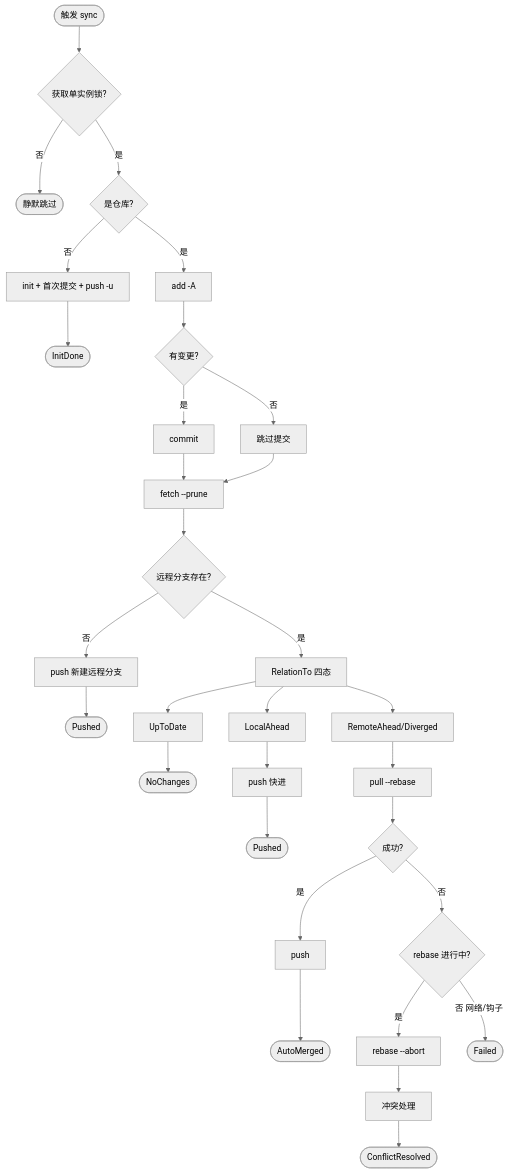
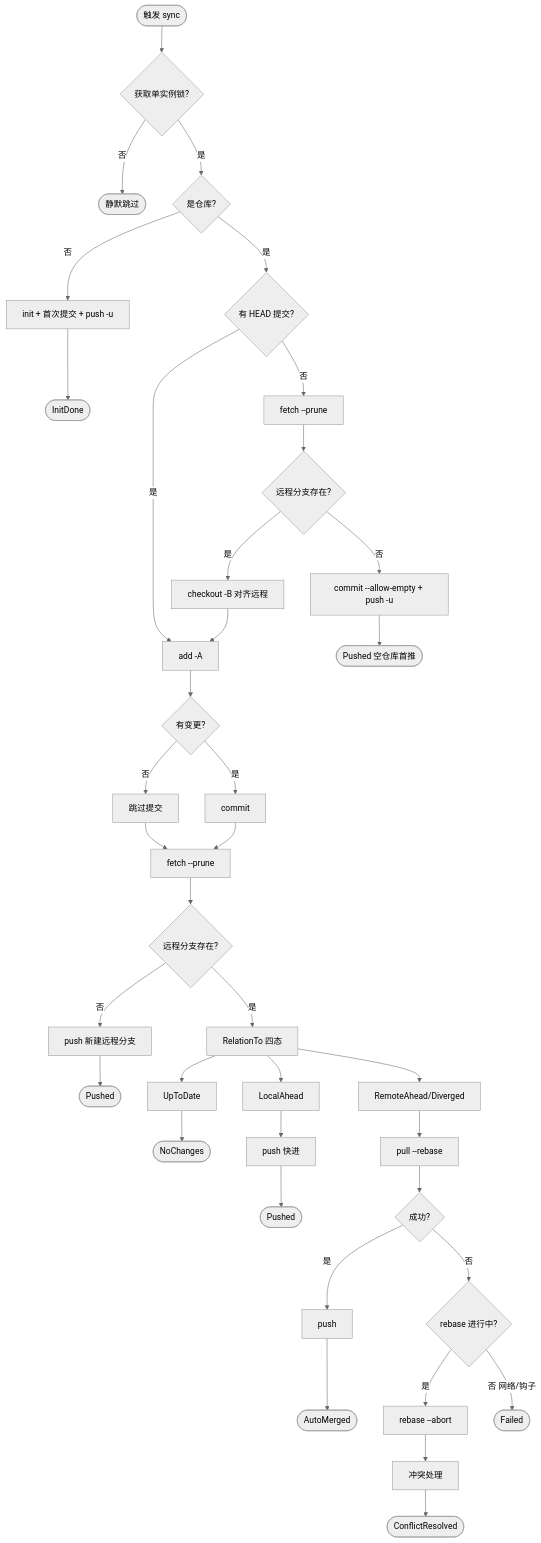
The first of 4 diagrams in docs/flow.md (int2t05/AutoSync), drawn with Mermaid (neutral theme) before and after one commit. The commit also changed other lines of this file and 3 other files, not shown here.

````diff
--- a/docs/flow.md
+++ b/docs/flow.md
@@ -7,33 +7,40 @@
 ```mermaid
 flowchart TD
   START([触发 sync]) --> LOCK{获取单实例锁?}
   LOCK -->|否| SKIP([静默跳过])
   LOCK -->|是| ISREPO{是仓库?}
   ISREPO -->|否| INIT[init + 首次提交 + push -u]
   INIT --> DONE1([InitDone])
-  ISREPO -->|是| ADD[add -A]
+  ISREPO -->|是| HASHEAD{有 HEAD 提交?}
+  HASHEAD -->|否| FETCH2[fetch --prune]
+  FETCH2 --> EXIST2{远程分支存在?}
+  EXIST2 -->|是| CO[checkout -B 对齐远程]
+  CO --> ADD
+  EXIST2 -->|否| PUSHFIRST[commit --allow-empty + push -u]
+  PUSHFIRST --> DONE7([Pushed 空仓库首推])
+  HASHEAD -->|是| ADD[add -A]
   ADD --> CHG{有变更?}
   CHG -->|是| COMMIT[commit]
   CHG -->|否| NOCOMMIT[跳过提交]
   COMMIT --> FETCH[fetch --prune]
   NOCOMMIT --> FETCH
   FETCH --> EXIST{远程分支存在?}
   EXIST -->|否| PUSHDIRECT[push 新建远程分支]
   PUSHDIRECT --> DONE2([Pushed])
   EXIST -->|是| REL[RelationTo 四态]
   REL --> U[UpToDate]
   REL --> LA[LocalAhead]
   REL --> RA[RemoteAhead/Diverged]
   U --> DONE3([NoChanges])
   LA --> PUSHPUSH[push 快进]
   PUSHPUSH --> DONE4([Pushed])
   RA --> REBASE[pull --rebase]
   REBASE --> OK{成功?}
   OK -->|是| PUSHMERGE[push]
   PUSHMERGE --> DONE5([AutoMerged])
   OK -->|否| RB{rebase 进行中?}
   RB -->|是| ABORT[rebase --abort]
   ABORT --> CONFLICT[冲突处理]
   CONFLICT --> DONE6([ConflictResolved])
   RB -->|否 网络/钩子| FAIL1([Failed])
 ```
````
